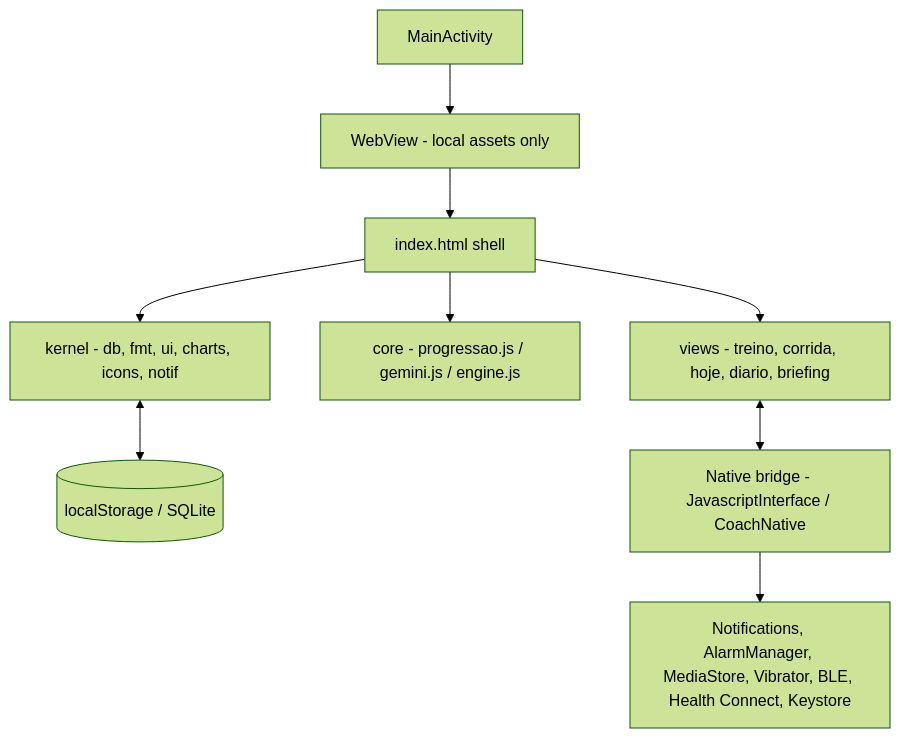
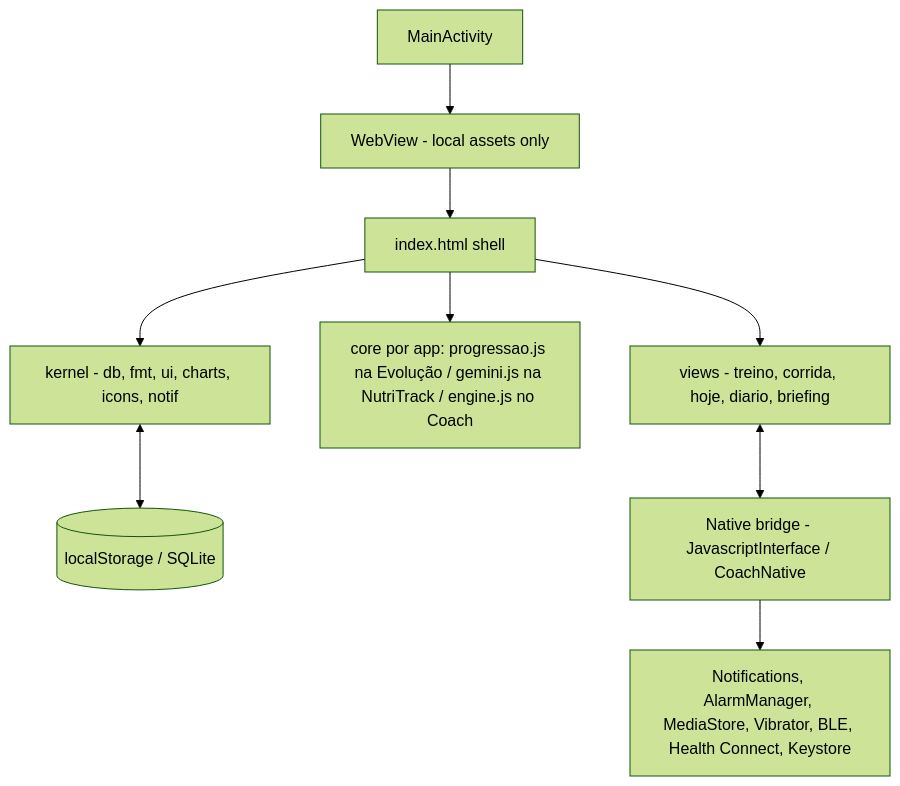
One commit to Gabrieljr42/android-fitness-ecosystem changed the second of 2 diagrams in docs/architecture.md. Above: the diagram before and after it, drawn with Mermaid (forest theme). The commit also changed other lines of this file and 9 other files, not shown here.

````diff
--- a/docs/architecture.md
+++ b/docs/architecture.md
@@ -20,11 +20,11 @@
 ```mermaid
 flowchart TD
     A[MainActivity] --> Wv[WebView - local assets only]
     Wv --> SH[index.html shell]
     SH --> K[kernel - db, fmt, ui, charts, icons, notif]
-    SH --> CO[core - progressao.js / gemini.js / engine.js]
+    SH --> CO[core por app: progressao.js na Evolução / gemini.js na NutriTrack / engine.js no Coach]
     SH --> V[views - treino, corrida, hoje, diario, briefing]
     K <--> LS[(localStorage / SQLite)]
     V <--> B[Native bridge - JavascriptInterface / CoachNative]
     B --> SYS[Notifications, AlarmManager, MediaStore, Vibrator, BLE, Health Connect, Keystore]
 ```
````
